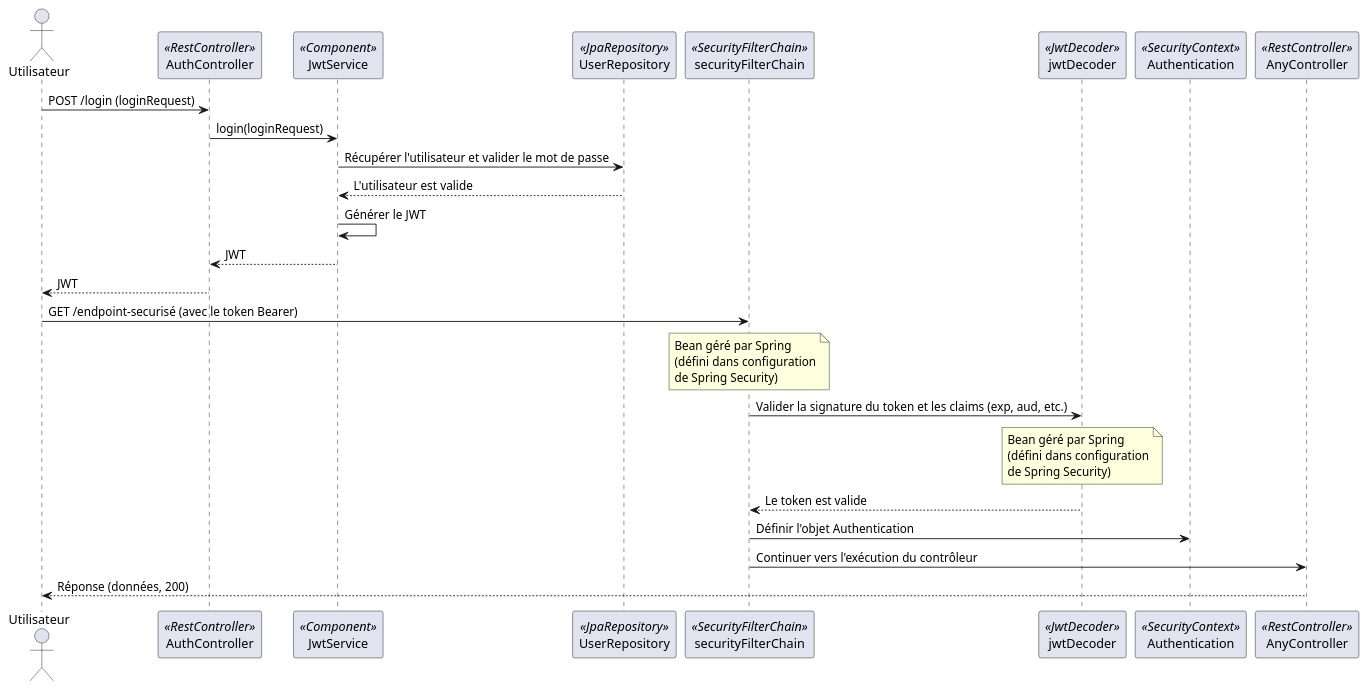
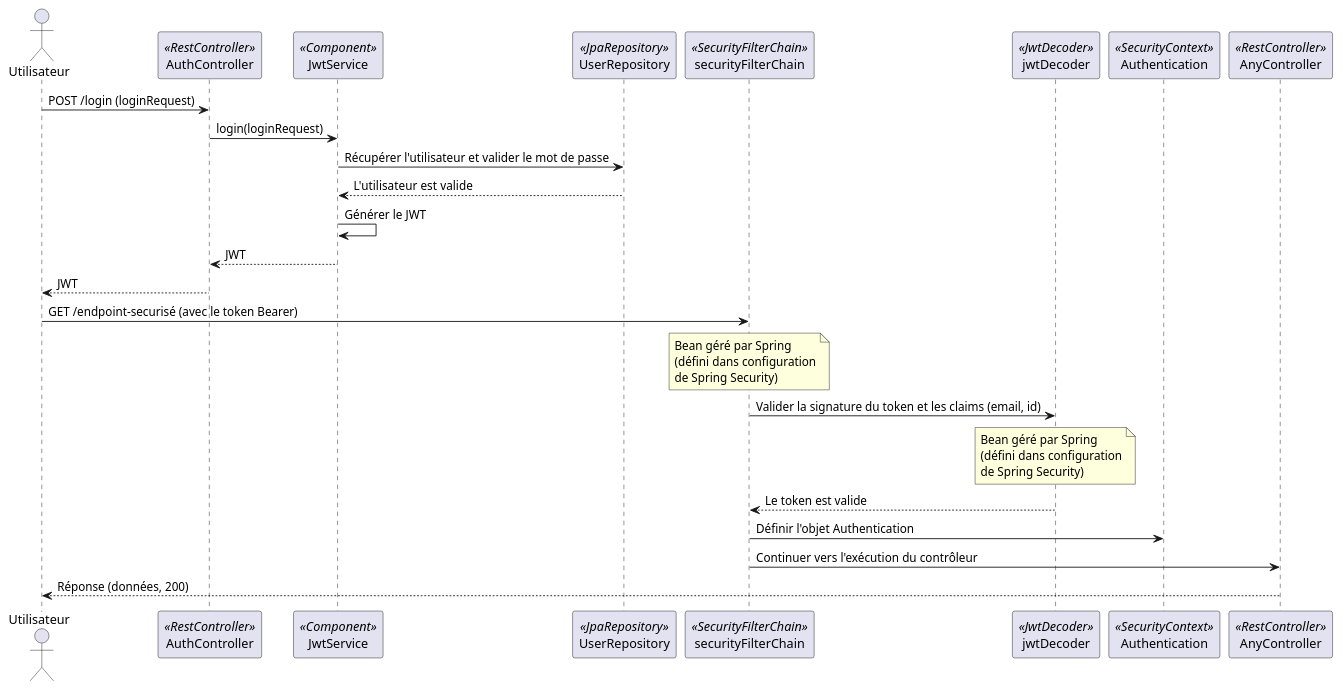
One commit to cpierres/P3-back-spring changed the diagram in assets/docs/diagrams/sequence_diagrams/securite_token_spring.puml. Above: the diagram before and after it, drawn with PlantUML. The commit also changed 1 other file, not shown here.

Commit message:
Amélioration : diagrammes de séquence

```diff
--- a/assets/docs/diagrams/sequence_diagrams/securite_token_spring.puml
+++ b/assets/docs/diagrams/sequence_diagrams/securite_token_spring.puml
@@ -1,38 +1,38 @@
 @startuml
 actor Utilisateur
 
 participant AuthController <<RestController>>
 participant JwtService <<Component>>
 participant UserRepository <<JpaRepository>>
 participant securityFilterChain <<SecurityFilterChain>>
 participant jwtDecoder <<JwtDecoder>>
 participant Authentication <<SecurityContext>>
 participant AnyController <<RestController>>
 
 Utilisateur -> AuthController: POST /login (loginRequest)
 AuthController -> JwtService: login(loginRequest)
 JwtService -> UserRepository: Récupérer l'utilisateur et valider le mot de passe
 UserRepository --> JwtService: L'utilisateur est valide
 JwtService -> JwtService: Générer le JWT
 JwtService --> AuthController: JWT
 AuthController --> Utilisateur: JWT
 
 Utilisateur -> securityFilterChain: GET /endpoint-securisé (avec le token Bearer)
 note over of securityFilterChain
     Bean géré par Spring
     (défini dans configuration
     de Spring Security)
 end note
 
-securityFilterChain -> jwtDecoder: Valider la signature du token et les claims (exp, aud, etc.)
+securityFilterChain -> jwtDecoder: Valider la signature du token et les claims (email, id)
 note over of jwtDecoder
     Bean géré par Spring
     (défini dans configuration
     de Spring Security)
 end note
 jwtDecoder --> securityFilterChain: Le token est valide
 securityFilterChain -> Authentication: Définir l'objet Authentication
 securityFilterChain -> AnyController: Continuer vers l'exécution du contrôleur
 AnyController --> Utilisateur: Réponse (données, 200)
 
 @enduml
```
